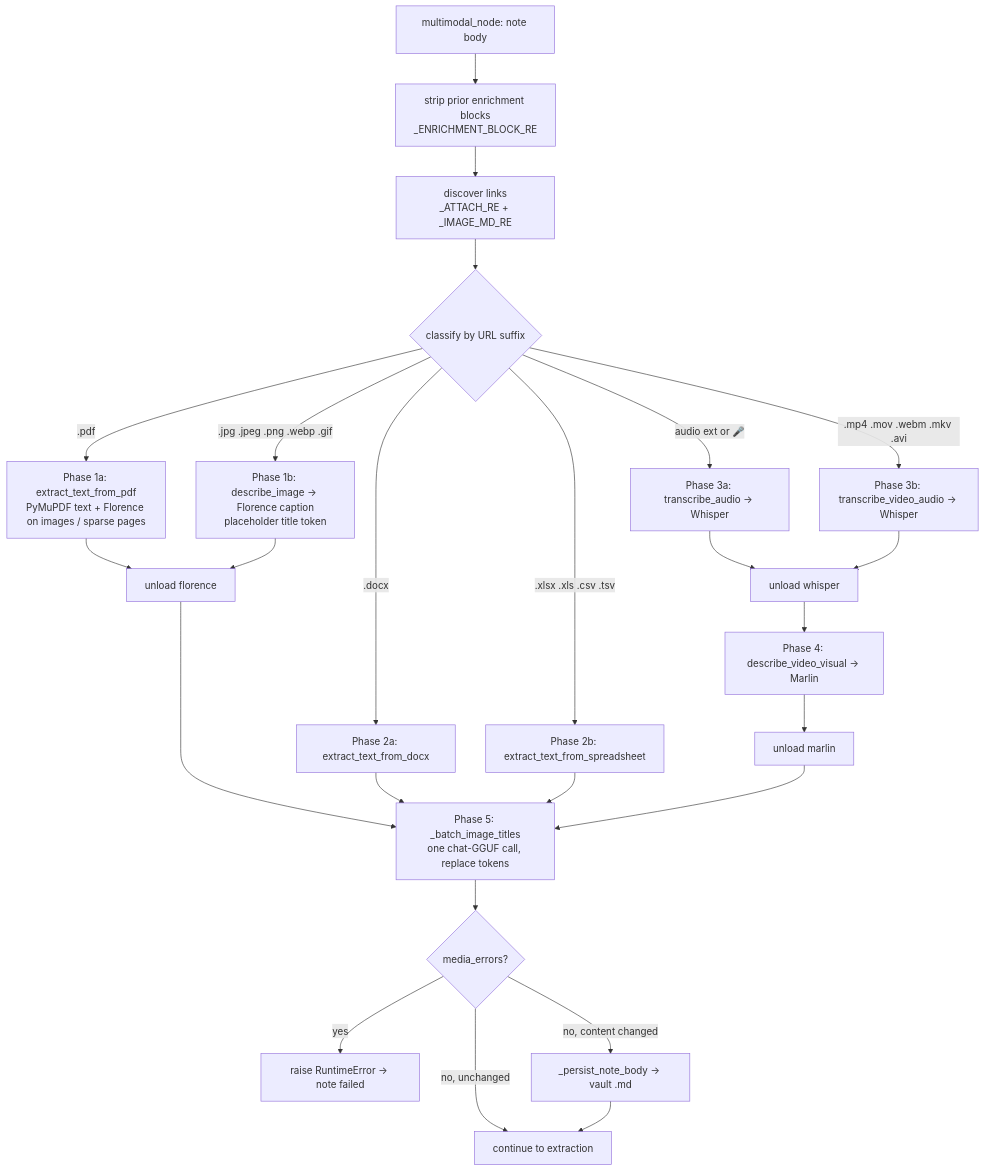
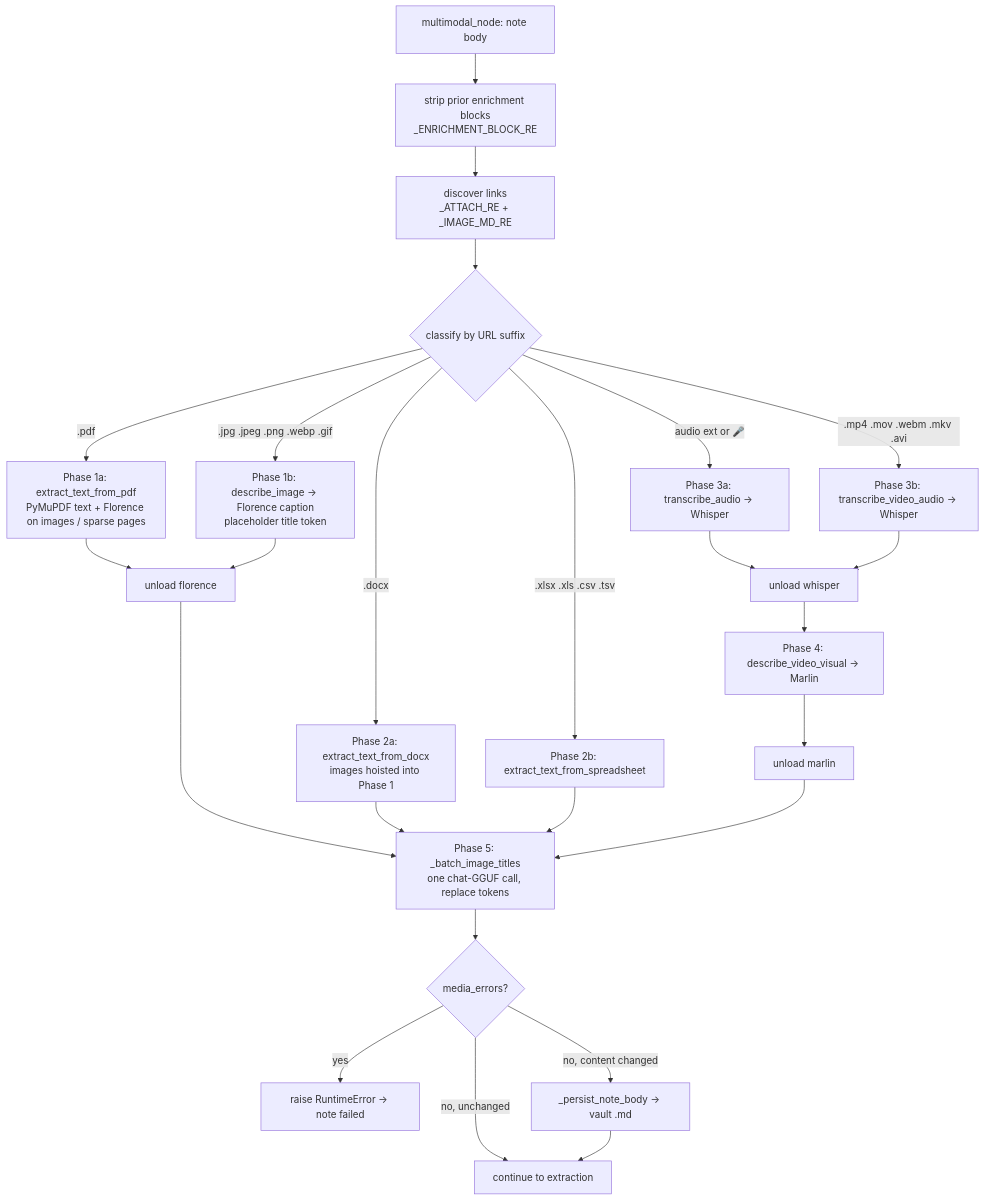
Before and after one commit to josetseph/Orb: the diagram in Docs/11-multimedia-enrichment.md, drawn with Mermaid. The commit also changed other lines of this file and 10 other files, not shown here.

````diff
--- a/Docs/11-multimedia-enrichment.md
+++ b/Docs/11-multimedia-enrichment.md
@@ -42,27 +42,27 @@
 ```mermaid
 flowchart TD
     A[multimodal_node: note body] --> B[strip prior enrichment blocks<br/>_ENRICHMENT_BLOCK_RE]
     B --> C[discover links<br/>_ATTACH_RE + _IMAGE_MD_RE]
     C --> D{classify by URL suffix}
     D -->|.pdf| P1[Phase 1a: extract_text_from_pdf<br/>PyMuPDF text + Florence on images / sparse pages]
     D -->|.jpg .jpeg .png .webp .gif| P2[Phase 1b: describe_image → Florence caption<br/>placeholder title token]
     P1 --> U1[unload florence]
     P2 --> U1
-    D -->|.docx| P3[Phase 2a: extract_text_from_docx]
+    D -->|.docx| P3[Phase 2a: extract_text_from_docx<br/>images hoisted into Phase 1]
     D -->|.xlsx .xls .csv .tsv| P4[Phase 2b: extract_text_from_spreadsheet]
     D -->|audio ext or 🎤| P5[Phase 3a: transcribe_audio → Whisper]
     D -->|.mp4 .mov .webm .mkv .avi| P6[Phase 3b: transcribe_video_audio → Whisper]
     P5 --> U2[unload whisper]
     P6 --> U2
     U2 --> P7[Phase 4: describe_video_visual → Marlin]
     P7 --> U3[unload marlin]
     U1 --> T
     P3 --> T
     P4 --> T
     U3 --> T[Phase 5: _batch_image_titles<br/>one chat-GGUF call, replace tokens]
     T --> E{media_errors?}
     E -->|yes| F[raise RuntimeError → note failed]
     E -->|no, content changed| G[_persist_note_body → vault .md]
     E -->|no, unchanged| H[continue to extraction]
     G --> H
 ```
````
